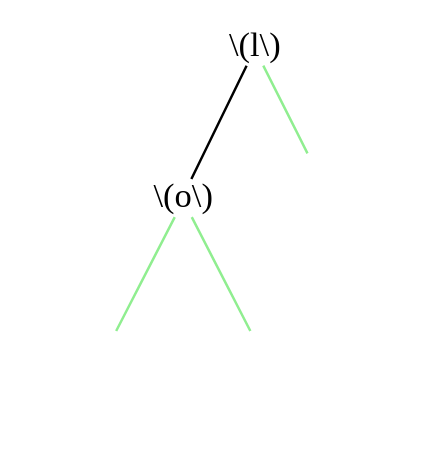
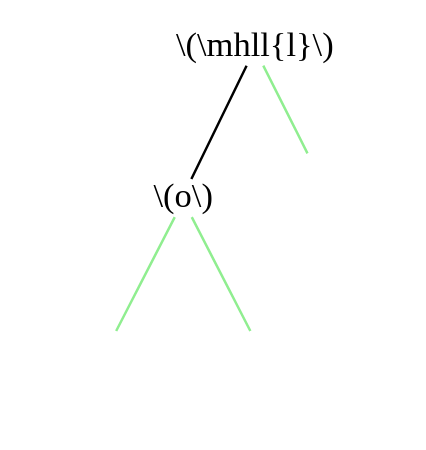
Before and after one commit to Larhard/Combinatorial-interpretations-of-holonomic-recurrences: the diagram in article/images_src/lambda/trees_100/0_base.dot, drawn with Graphviz. The commit also changed 111 other files, not shown here.

```diff
--- a/article/images_src/lambda/trees_100/0_base.dot
+++ b/article/images_src/lambda/trees_100/0_base.dot
@@ -1,12 +1,12 @@
 graph {
 	size="4,4"
-	0 [label="\\(l\\)" shape=plain]
+	0 [label="\\(\\mhll{l}\\)" shape=plain]
 	1 [label="\\(o\\)" shape=plain]
 	0 -- 1
 	2 [label="" shape=none]
 	1 -- 2 [color=lightgreen]
 	3 [label="" shape=none]
 	1 -- 3 [color=lightgreen]
 	4 [label="" shape=none]
 	0 -- 4 [color=lightgreen]
 }
```
